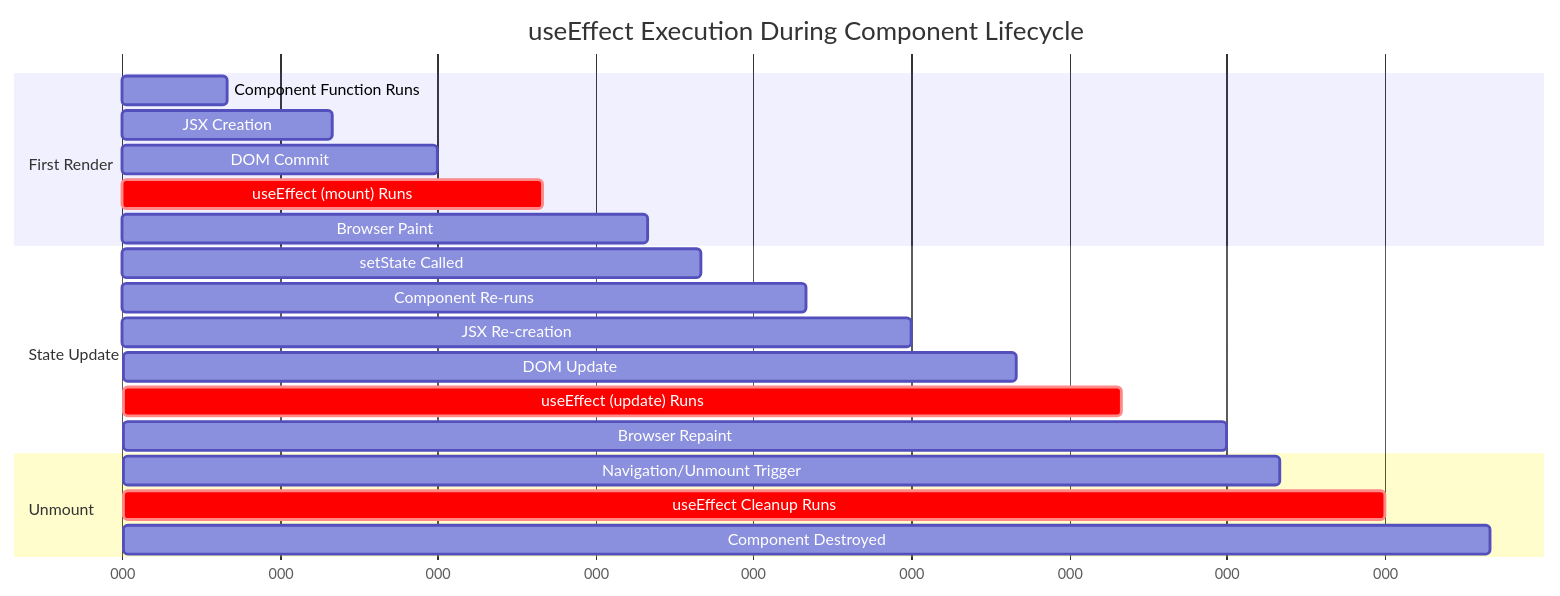
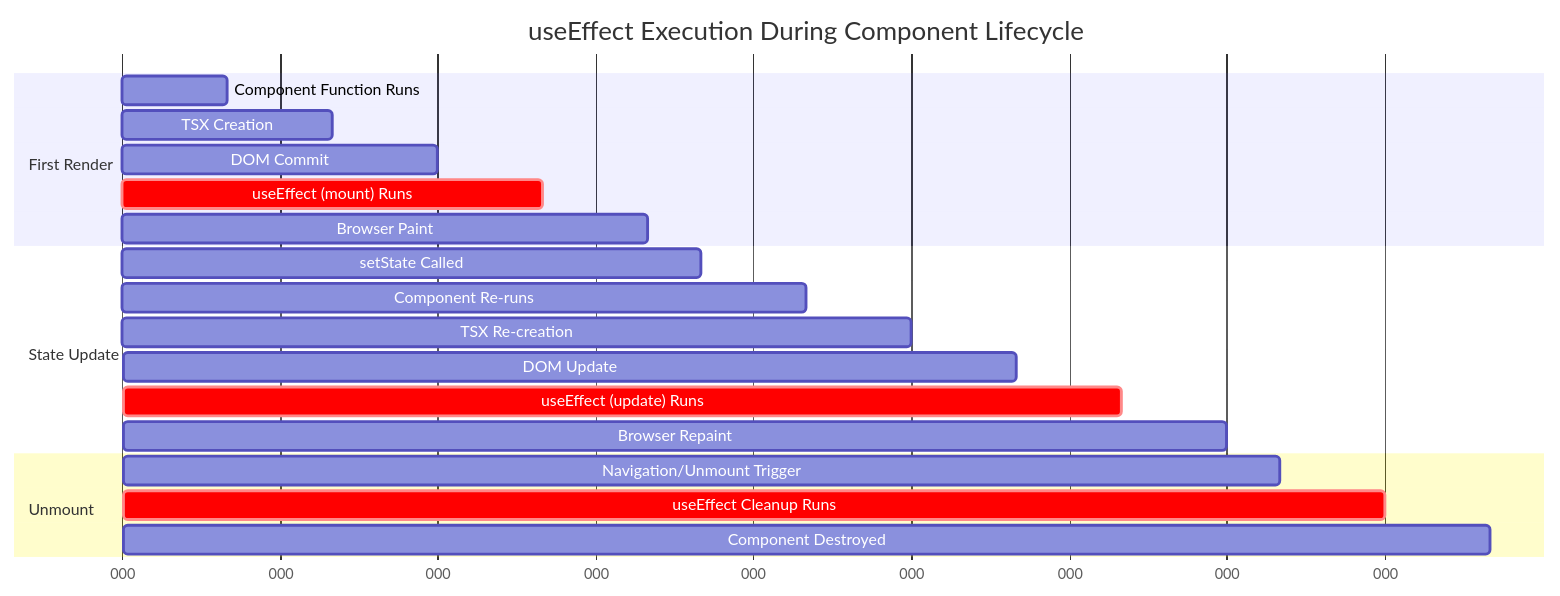
The fourth of 12 diagrams in diagrams/component_lifecycle.md (longndt/react-course), drawn with Mermaid before and after one commit. The commit also changed other lines of this file and 143 other files, not shown here.

````diff
--- a/diagrams/component_lifecycle.md
+++ b/diagrams/component_lifecycle.md
@@ -122,26 +122,26 @@
 ```mermaid
 gantt
     title useEffect Execution During Component Lifecycle
     dateFormat X
     axisFormat %L
 
     section First Render
     Component Function Runs        :a1, 0, 10
-    JSX Creation                   :a2, 10, 20
+    TSX Creation                   :a2, 10, 20
     DOM Commit                     :a3, 20, 30
     useEffect (mount) Runs         :crit, a4, 30, 40
     Browser Paint                  :a5, 40, 50
 
     section State Update
     setState Called                :b1, 50, 55
     Component Re-runs              :b2, 55, 65
-    JSX Re-creation                :b3, 65, 75
+    TSX Re-creation                :b3, 65, 75
     DOM Update                     :b4, 75, 85
     useEffect (update) Runs        :crit, b5, 85, 95
     Browser Repaint                :b6, 95, 105
 
     section Unmount
     Navigation/Unmount Trigger     :c1, 105, 110
     useEffect Cleanup Runs         :crit, c2, 110, 120
     Component Destroyed            :c3, 120, 130
 ```
````
